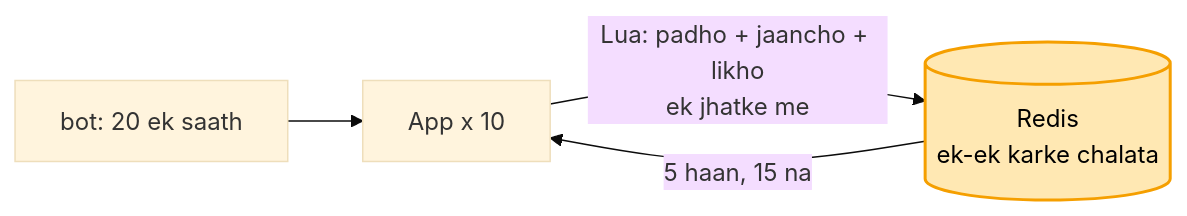
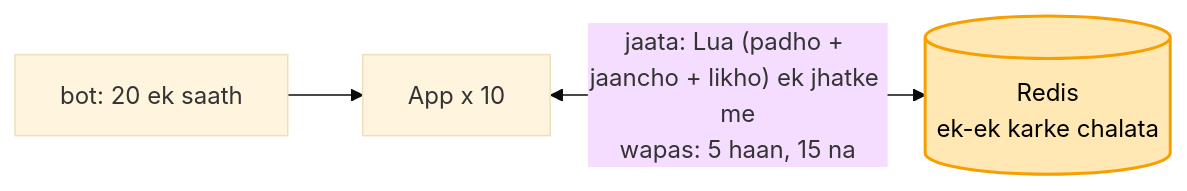
The fourth of 10 diagrams in 04_HLD/SYSTEM_DESIGNS/02_rate_limiter/02_rate_limiter.md (ArpanMaheshwari144/Prep), drawn with Mermaid (base theme) before and after one commit. The commit also changed 7 other files, not shown here.

Commit message:
HLD diagram: 13 jagah do dabbon ke beech do teer the (label dabbe pe chadhta) -> ek teer, jaata / wapas do line

````diff
--- a/04_HLD/SYSTEM_DESIGNS/02_rate_limiter/02_rate_limiter.md
+++ b/04_HLD/SYSTEM_DESIGNS/02_rate_limiter/02_rate_limiter.md
@@ -150,7 +150,6 @@
 ```mermaid
 flowchart LR
     B["bot: 20 ek saath"] --> S["App x 10"]
-    S -- "Lua: padho + jaancho + likho<br/>ek jhatke me" --> R[("Redis<br/>ek-ek karke chalata")]
-    R -- "5 haan, 15 na" --> S
+    S <-->|"jaata: Lua (padho + jaancho + likho) ek jhatke me<br/>wapas: 5 haan, 15 na"| R[("Redis<br/>ek-ek karke chalata")]
     style R fill:#ffe8b3,stroke:#f59f00,stroke-width:2px,color:#000
 ```
````
